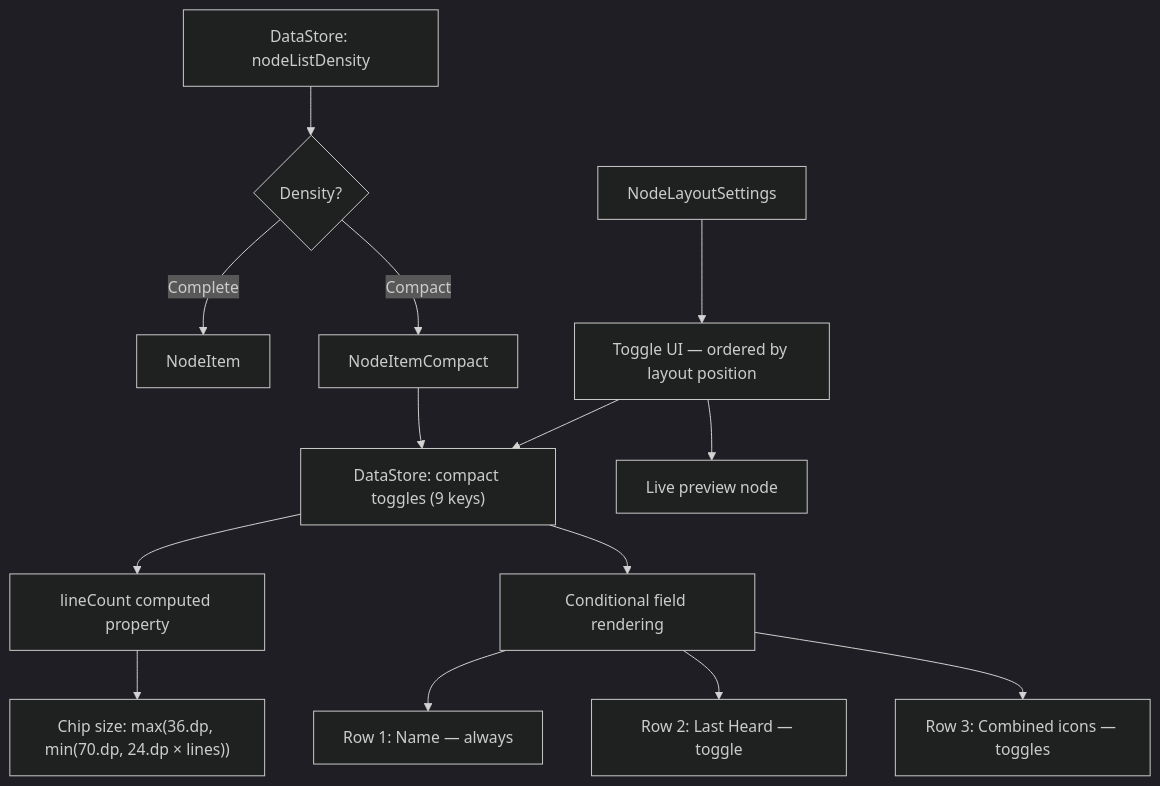
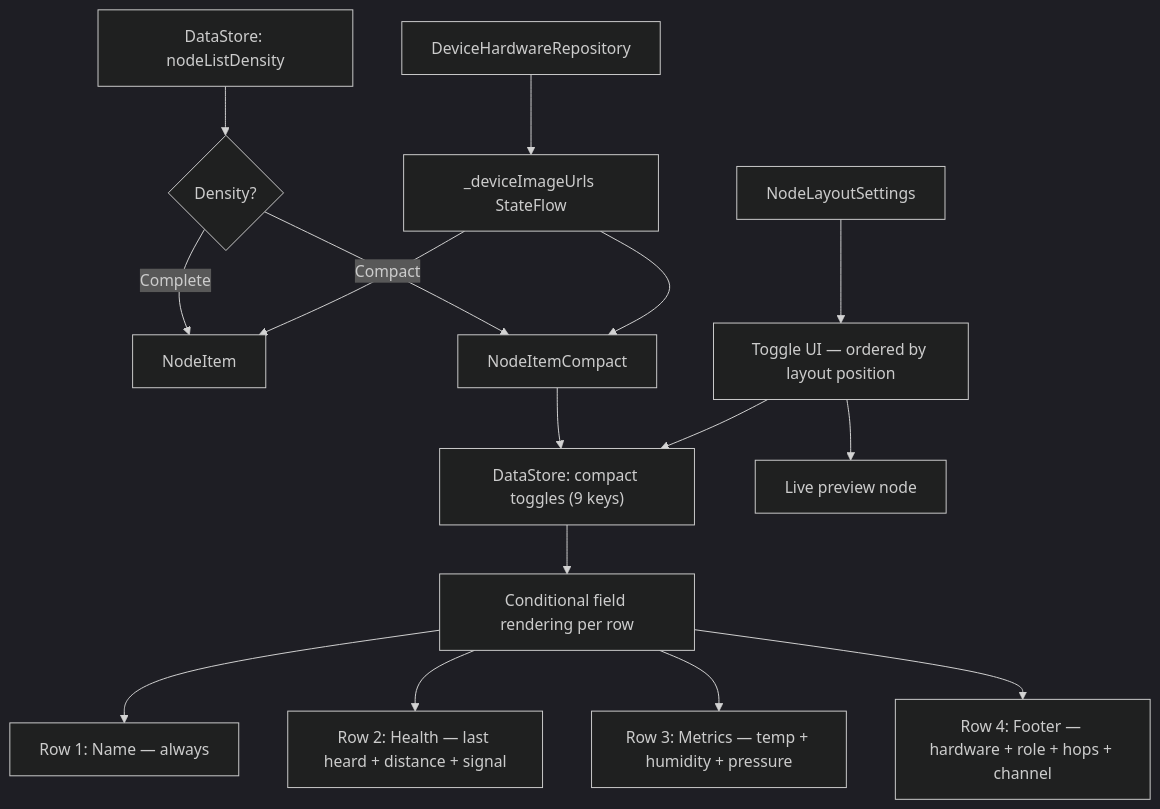
Before and after one commit to meshtastic/Meshtastic-Android: the second of 2 diagrams in specs/20260507-161758-node-list-layout/spec.md, drawn with Mermaid (dark theme). The commit also changed other lines of this file, not shown here.

First line of the commit message:
docs: update node list spec to match current implementation

````diff
--- a/specs/20260507-161758-node-list-layout/spec.md
+++ b/specs/20260507-161758-node-list-layout/spec.md
@@ -208,17 +249,20 @@
 ```mermaid
 flowchart TD
     A["DataStore: nodeListDensity"] --> B{Density?}
     B -->|Complete| C[NodeItem]
     B -->|Compact| D[NodeItemCompact]
     D --> E["DataStore: compact toggles (9 keys)"]
-    E --> F[lineCount computed property]
-    F --> G["Chip size: max(36.dp, min(70.dp, 24.dp × lines))"]
-    E --> H[Conditional field rendering]
+    E --> H[Conditional field rendering per row]
     H --> I["Row 1: Name — always"]
-    H --> J["Row 2: Last Heard — toggle"]
-    H --> K["Row 3: Combined icons — toggles"]
+    H --> J["Row 2: Health — last heard + distance + signal"]
+    H --> K["Row 3: Metrics — temp + humidity + pressure"]
+    H --> L["Row 4: Footer — hardware + role + hops + channel"]
     
-    L[NodeLayoutSettings] --> M["Toggle UI — ordered by layout position"]
-    M --> E
-    M --> N[Live preview node]
+    M[NodeLayoutSettings] --> N["Toggle UI — ordered by layout position"]
+    N --> E
+    N --> O[Live preview node]
+    
+    P["DeviceHardwareRepository"] --> Q["_deviceImageUrls StateFlow"]
+    Q --> C
+    Q --> D
 ```
````
